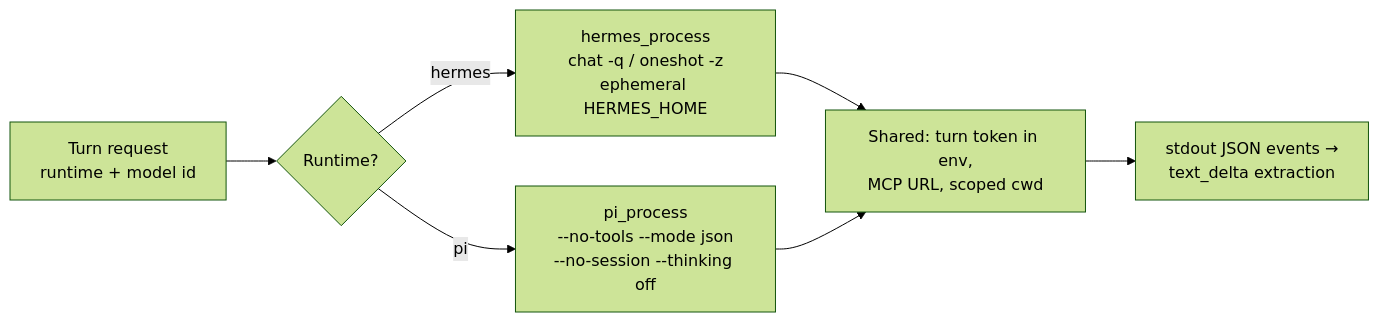
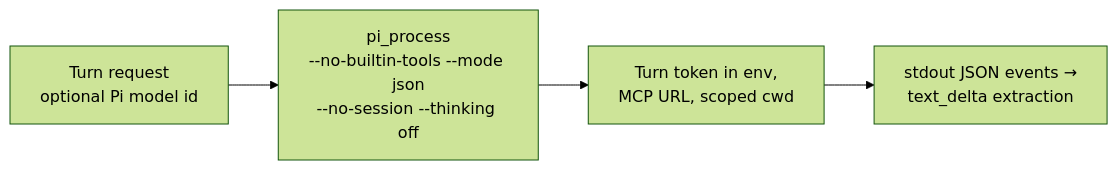
The fifth of 29 diagrams in docs/architecture.md (bennyclifton-svg/sitewise), drawn with Mermaid (forest theme) before and after one commit. The commit also changed other lines of this file and 125 other files, not shown here.

````diff
--- a/docs/architecture.md
+++ b/docs/architecture.md
@@ -269,9 +270,6 @@
 ```mermaid
 flowchart LR
-    req["Turn request<br/>runtime + model id"] --> sel{"Runtime?"}
-    sel -->|hermes| h["hermes_process<br/>chat -q / oneshot -z<br/>ephemeral HERMES_HOME"]
-    sel -->|pi| p["pi_process<br/>--no-tools --mode json<br/>--no-session --thinking off"]
-    h --> tok["Shared: turn token in env,<br/>MCP URL, scoped cwd"]
-    p --> tok
+    req["Turn request<br/>optional Pi model id"] --> p["pi_process<br/>--no-builtin-tools --mode json<br/>--no-session --thinking off"]
+    p --> tok["Turn token in env,<br/>MCP URL, scoped cwd"]
     tok --> stream["stdout JSON events →<br/>text_delta extraction"]
 ```
````
